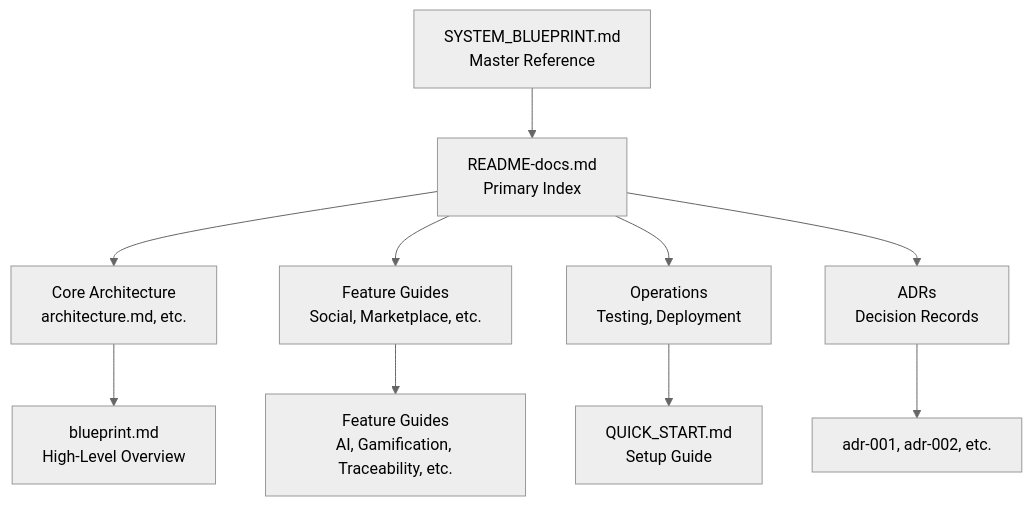
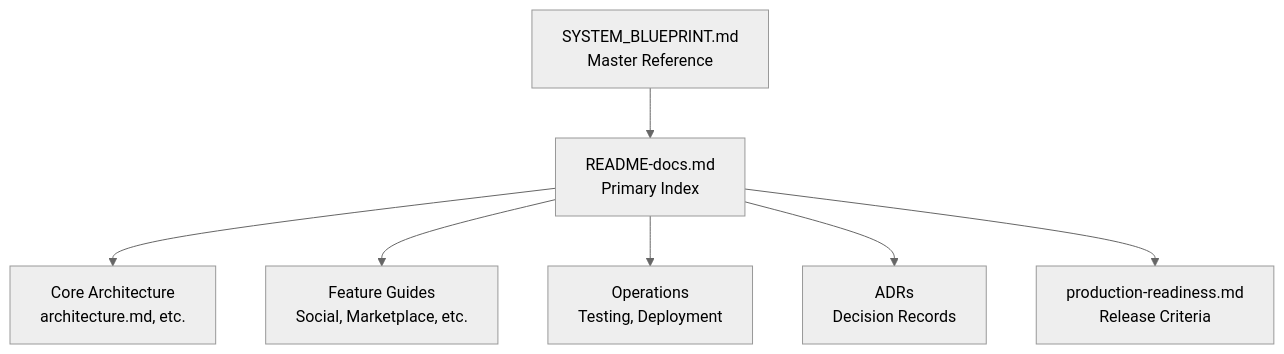
The diagram in docs/README-docs.md (zion812/ROSTRY), drawn with Mermaid (neutral theme) before and after one commit. The commit also changed other lines of this file and 32 other files, not shown here.

````diff
--- a/docs/README-docs.md
+++ b/docs/README-docs.md
@@ -236,12 +99,9 @@
 ```mermaid
 flowchart TD
     S[SYSTEM_BLUEPRINT.md<br/>Master Reference] --> A[README-docs.md<br/>Primary Index]
     A --> B[Core Architecture<br/>architecture.md, etc.]
     A --> C[Feature Guides<br/>Social, Marketplace, etc.]
     A --> D[Operations<br/>Testing, Deployment]
     A --> E[ADRs<br/>Decision Records]
-    B --> F[blueprint.md<br/>High-Level Overview]
-    C --> G[Feature Guides<br/>AI, Gamification, Traceability, etc.]
-    D --> H[QUICK_START.md<br/>Setup Guide]
-    E --> I[adr-001, adr-002, etc.]
+    A --> P[production-readiness.md<br/>Release Criteria]
 ```
````
